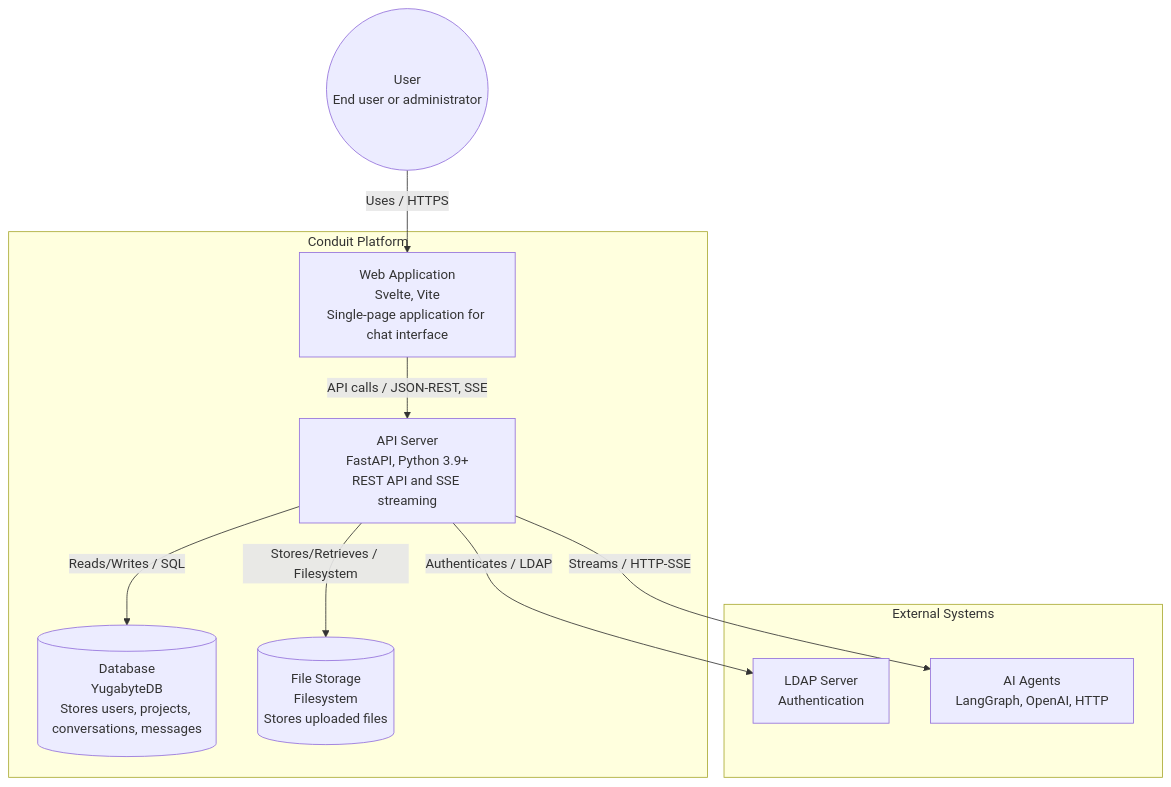
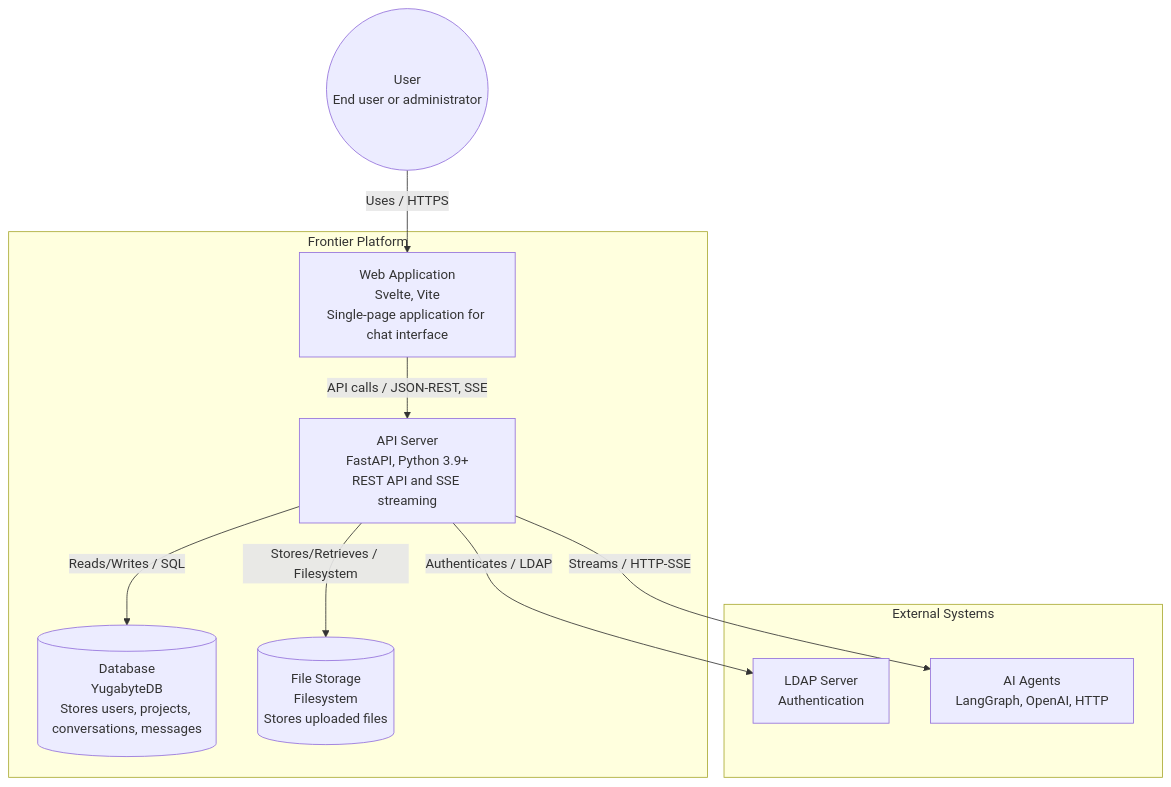
The diagram in docs/ard/02-container.mmd (sweiyang/frontier), drawn with Mermaid before and after one commit. The commit also changed 60 other files, not shown here.

```diff
--- a/docs/ard/02-container.mmd
+++ b/docs/ard/02-container.mmd
@@ -1,22 +1,22 @@
-%% Container Diagram - Conduit Platform
+%% Container Diagram - Frontier Platform
 flowchart TB
     user(("User<br/>End user or administrator"))
 
-    subgraph Conduit["Conduit Platform"]
+    subgraph Frontier["Frontier Platform"]
         spa["Web Application<br/>Svelte, Vite<br/>Single-page application for chat interface"]
         api["API Server<br/>FastAPI, Python 3.9+<br/>REST API and SSE streaming"]
         db[("Database<br/>YugabyteDB<br/>Stores users, projects, conversations, messages")]
         uploads[("File Storage<br/>Filesystem<br/>Stores uploaded files")]
     end
 
     subgraph External["External Systems"]
         ldap["LDAP Server<br/>Authentication"]
         agents["AI Agents<br/>LangGraph, OpenAI, HTTP"]
     end
 
     user -->|Uses / HTTPS| spa
     spa -->|API calls / JSON-REST, SSE| api
     api -->|Reads/Writes / SQL| db
     api -->|Stores/Retrieves / Filesystem| uploads
     api -->|Authenticates / LDAP| ldap
     api -->|Streams / HTTP-SSE| agents
```
